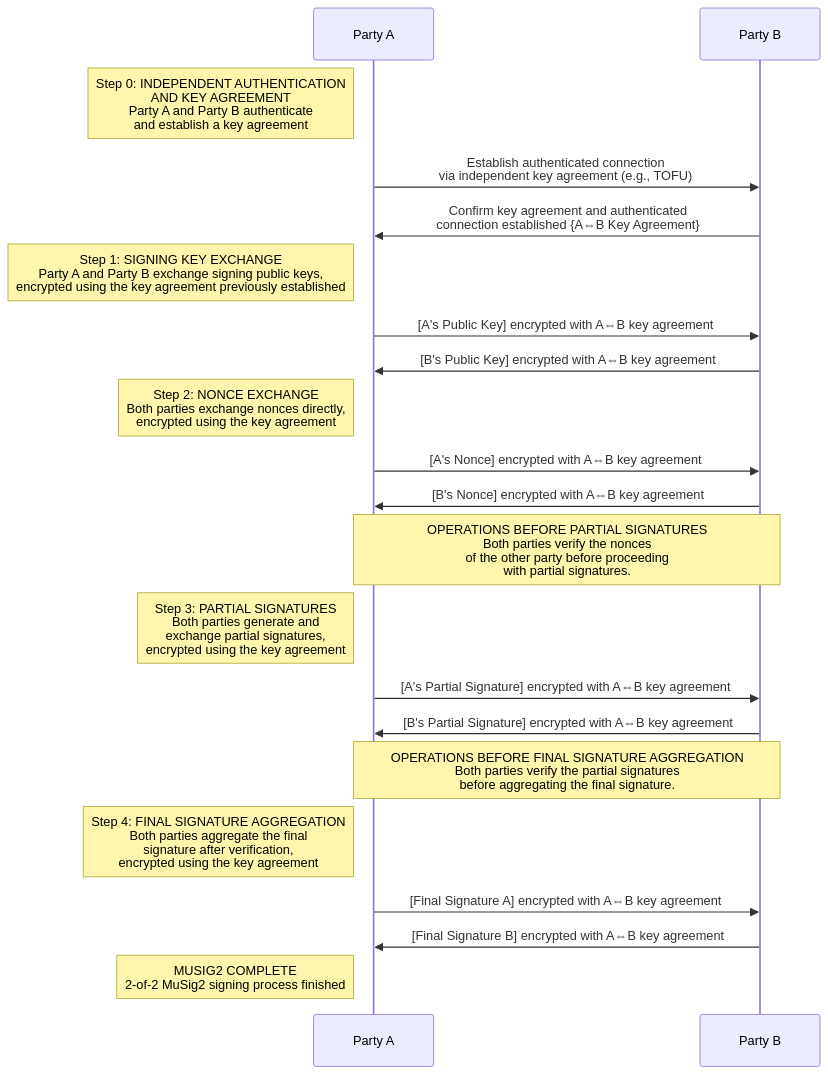
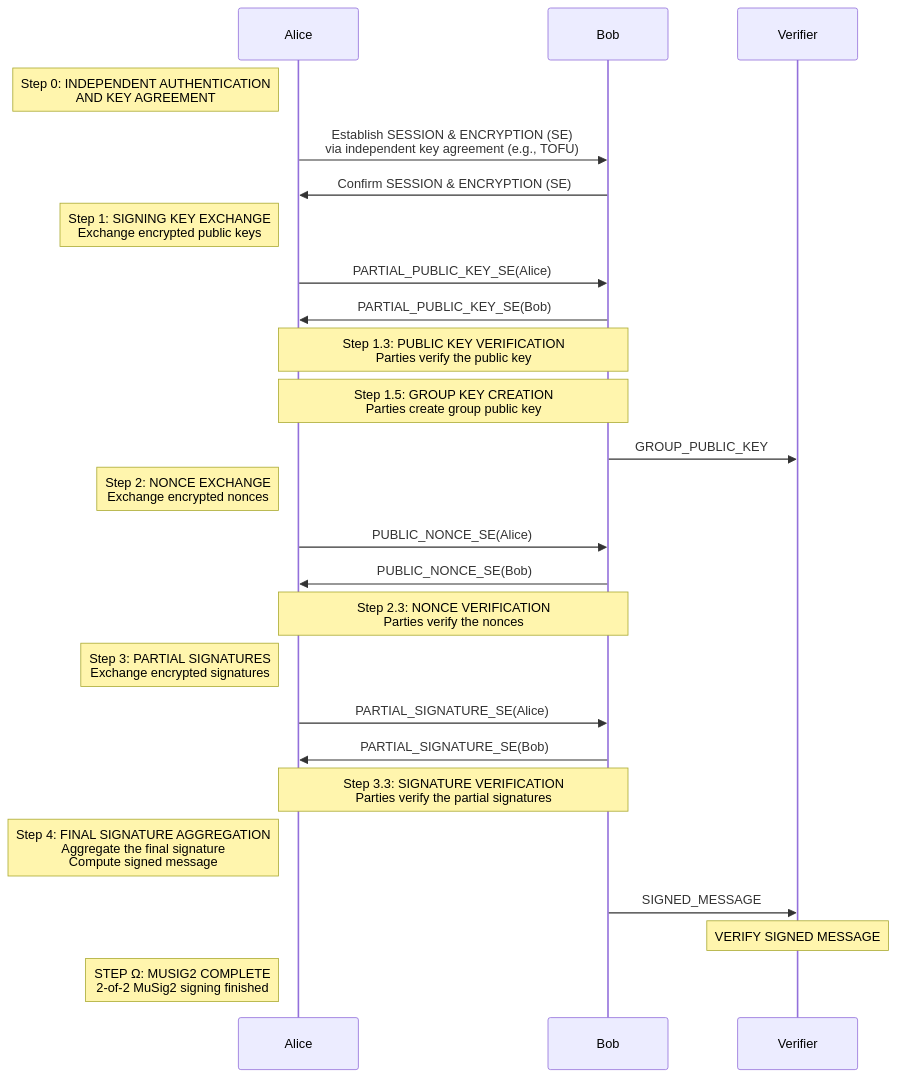
The first of 2 diagrams in _pages/musig-sequence-diagram.md (BlockchainCommons/developer-web-site), drawn with Mermaid before and after one commit. The commit also changed other lines of this file, not shown here.

````diff
--- a/_pages/musig-sequence-diagram.md
+++ b/_pages/musig-sequence-diagram.md
@@ -109,31 +110,39 @@
 ```mermaid
 sequenceDiagram
-    participant Party A
-    participant Party B
+    participant Alice
+    participant Bob
+    participant Verifier
 
-    Note left of Party A: Step 0: INDEPENDENT AUTHENTICATION <br/>AND KEY AGREEMENT<br/>Party A and Party B authenticate<br/>and establish a key agreement
-    Party A->>Party B: Establish authenticated connection<br/>via independent key agreement (e.g., TOFU)
-    Party B->>Party A: Confirm key agreement and authenticated<br/>connection established {A⇔B Key Agreement}
+    Note left of Alice: Step 0: INDEPENDENT AUTHENTICATION <br/>AND KEY AGREEMENT
+    Alice->>Bob: Establish SESSION & ENCRYPTION (SE)<br/>via independent key agreement (e.g., TOFU)
+    Bob->>Alice: Confirm SESSION & ENCRYPTION (SE)
 
-    Note left of Party A: Step 1: SIGNING KEY EXCHANGE<br/>Party A and Party B exchange signing public keys,<br/>encrypted using the key agreement previously established
-    Party A->>Party B: [A's Public Key] encrypted with A⇔B key agreement
-    Party B->>Party A: [B's Public Key] encrypted with A⇔B key agreement
+    Note left of Alice: Step 1: SIGNING KEY EXCHANGE<br/>Exchange encrypted public keys
+    
+    Alice->>Bob: PARTIAL_PUBLIC_KEY_SE(Alice)
+    Bob->>Alice: PARTIAL_PUBLIC_KEY_SE(Bob)
 
-    Note left of Party A: Step 2: NONCE EXCHANGE<br/>Both parties exchange nonces directly,<br/>encrypted using the key agreement
-    Party A->>Party B: [A's Nonce] encrypted with A⇔B key agreement
-    Party B->>Party A: [B's Nonce] encrypted with A⇔B key agreement
+    Note over Alice, Bob: Step 1.3: PUBLIC KEY VERIFICATION<br/>Parties verify the public key
 
-    Note over Party A, Party B: OPERATIONS BEFORE PARTIAL SIGNATURES<br/>Both parties verify the nonces<br/>of the other party before proceeding<br/>with partial signatures.
+    Note over Alice,Bob: Step 1.5: GROUP KEY CREATION<br>Parties create group public key
+    Bob->>Verifier: GROUP_PUBLIC_KEY
+    
+    Note left of Alice: Step 2: NONCE EXCHANGE<br/>Exchange encrypted nonces
+    Alice->>Bob: PUBLIC_NONCE_SE(Alice)
+    Bob->>Alice: PUBLIC_NONCE_SE(Bob)
 
-    Note left of Party A: Step 3: PARTIAL SIGNATURES<br/>Both parties generate and<br/>exchange partial signatures,<br/>encrypted using the key agreement
-    Party A->>Party B: [A's Partial Signature] encrypted with A⇔B key agreement
-    Party B->>Party A: [B's Partial Signature] encrypted with A⇔B key agreement
+    Note over Alice, Bob: Step 2.3: NONCE VERIFICATION<br/>Parties verify the nonces
 
-    Note over Party A, Party B:  OPERATIONS BEFORE FINAL SIGNATURE AGGREGATION<br/>Both parties verify the partial signatures<br/>before aggregating the final signature.
+    Note left of Alice: Step 3: PARTIAL SIGNATURES<br/>Exchange encrypted signatures
+    Alice->>Bob: PARTIAL_SIGNATURE_SE(Alice)
+    Bob->>Alice: PARTIAL_SIGNATURE_SE(Bob)
 
-    Note left of Party A: Step 4: FINAL SIGNATURE AGGREGATION<br/>Both parties aggregate the final<br/>signature after verification,<br/>encrypted using the key agreement
-    Party A->>Party B: [Final Signature A] encrypted with A⇔B key agreement
-    Party B->>Party A: [Final Signature B] encrypted with A⇔B key agreement
+    Note over Alice, Bob:  Step 3.3: SIGNATURE VERIFICATION<br/>Parties verify the partial signatures
 
-    Note left of Party A: MUSIG2 COMPLETE<br/>2-of-2 MuSig2 signing process finished
+Note left of Alice: Step 4: FINAL SIGNATURE AGGREGATION<br/>Aggregate the final signature<br>Compute signed message
+    Bob->>Verifier: SIGNED_MESSAGE
+
+    Note over Verifier: VERIFY SIGNED MESSAGE
+
+    Note left of Alice: STEP Ω: MUSIG2 COMPLETE<br/>2-of-2 MuSig2 signing  finished
 ```
````
